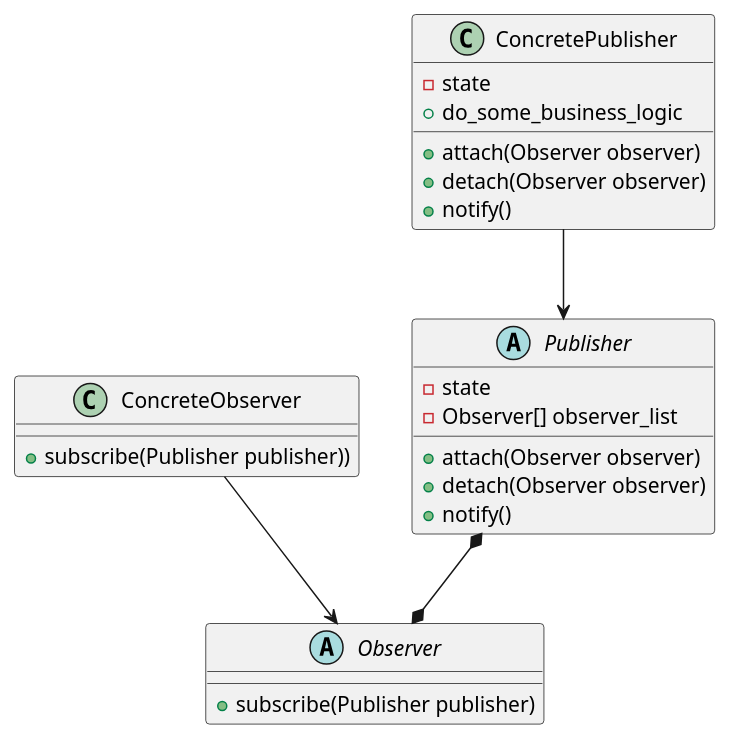
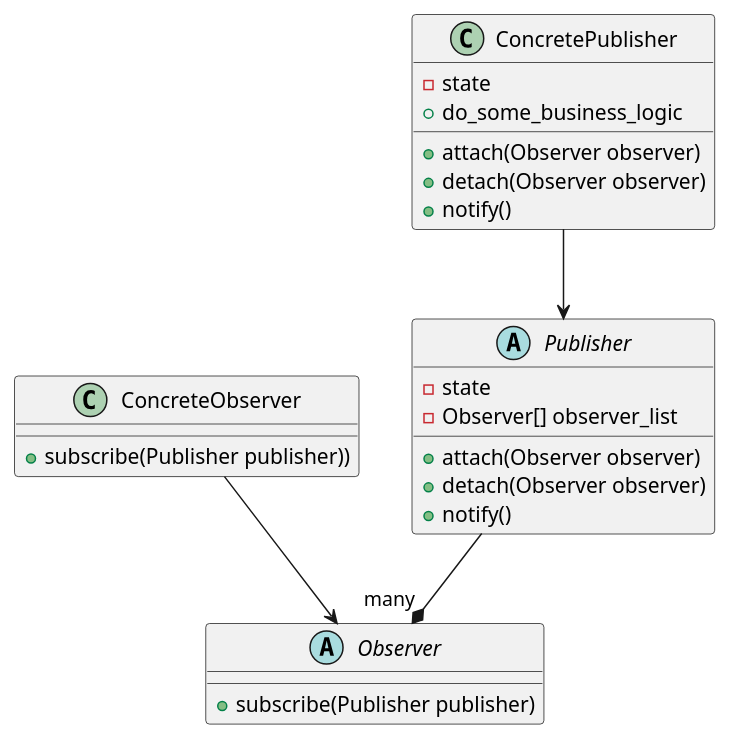
The diagram in python_design_pattern/assets/strategy/observer.puml (ericwang094/python_notes), drawn with PlantUML before and after one commit.

Commit message:
update graph

```diff
--- a/python_design_pattern/assets/strategy/observer.puml
+++ b/python_design_pattern/assets/strategy/observer.puml
@@ -1,34 +1,34 @@
 @startuml
 'https://plantuml.com/class-diagram
 
 abstract Publisher {
     -state
     -Observer[] observer_list
     +attach(Observer observer)
     +detach(Observer observer)
     +notify()
 }
 
 class ConcretePublisher {
     -state
     +attach(Observer observer)
     +detach(Observer observer)
     +notify()
     +do_some_business_logic
 }
 
 abstract Observer {
     +subscribe(Publisher publisher)
 }
 
 class ConcreteObserver {
     +subscribe(Publisher publisher))
 }
 
 ConcretePublisher --> Publisher
 ConcreteObserver --> Observer
-Publisher *--* Observer
+Publisher --*  "many" Observer
 
 
 
 @enduml
```
